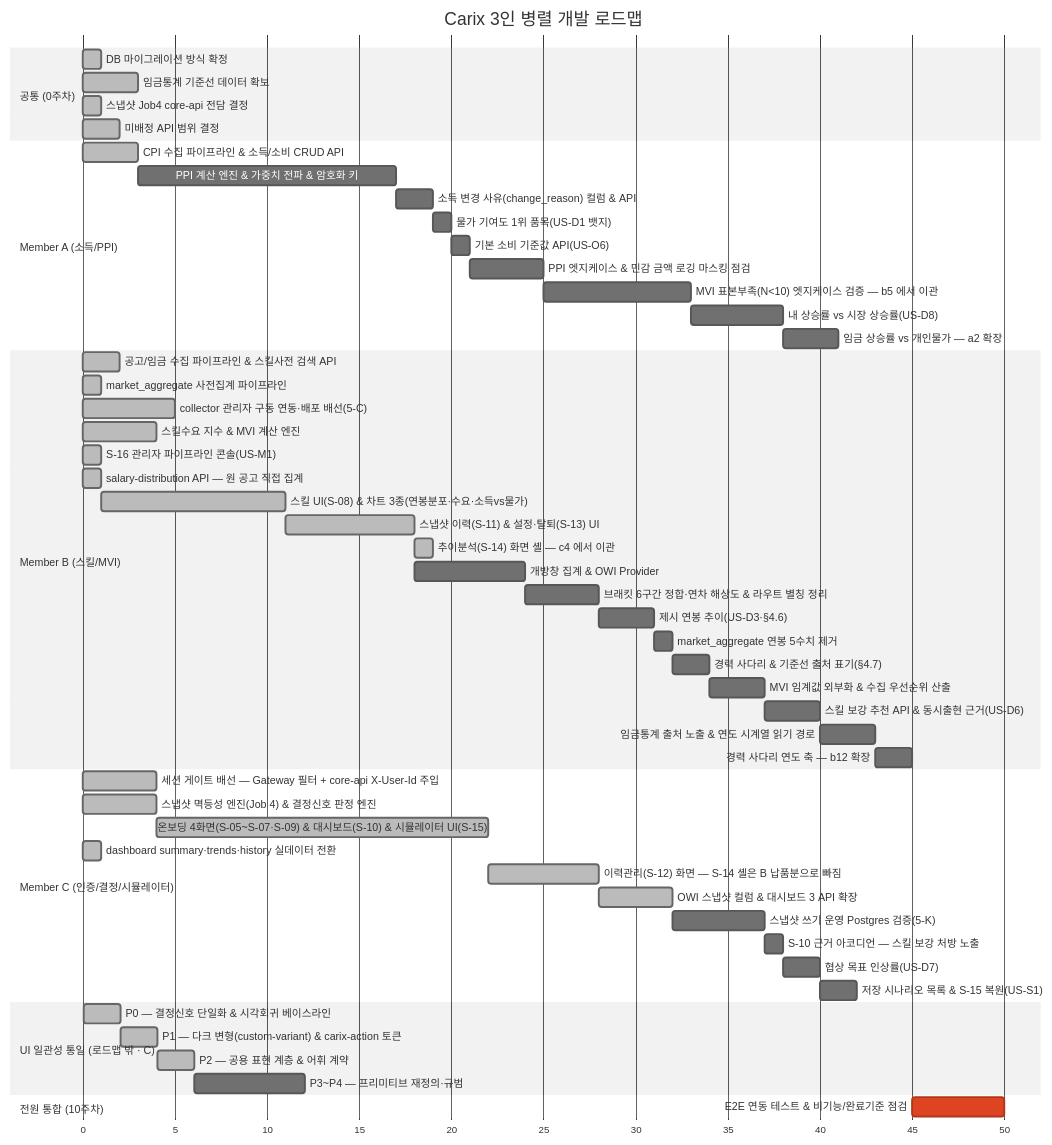
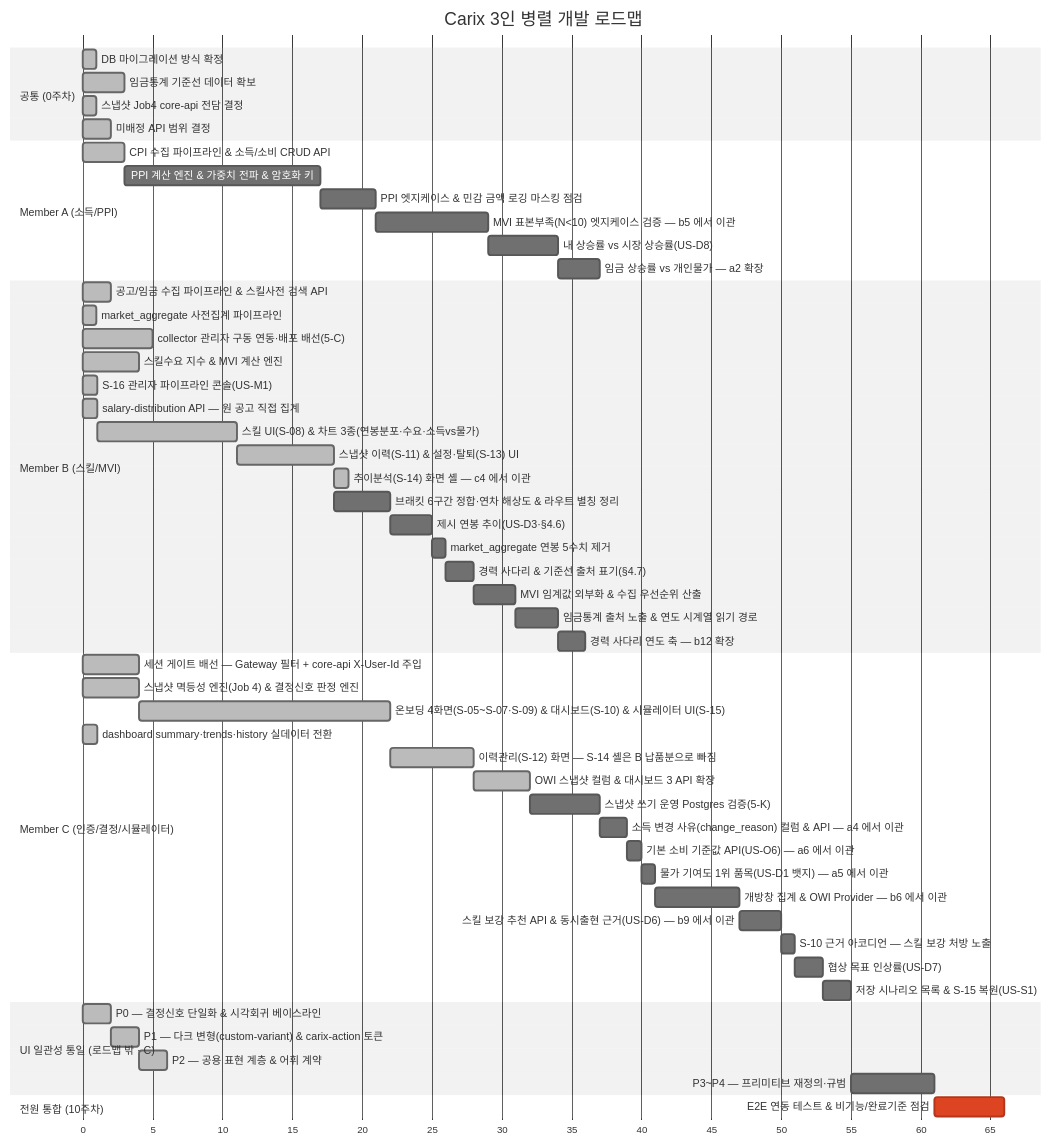
Before and after one commit to SeoHyeokGyu/Carix: the first of 2 diagrams in docs/plans/carix-dev-plan.md, drawn with Mermaid (neutral theme). The commit also changed other lines of this file and 2 other files, not shown here.

````diff
--- a/docs/plans/carix-dev-plan.md
+++ b/docs/plans/carix-dev-plan.md
@@ -77,58 +93,58 @@
 ```mermaid
 gantt
     title Carix 3인 병렬 개발 로드맵
     dateFormat X
     axisFormat %s
     section 공통 (0주차)
     DB 마이그레이션 방식 확정 :done, c0a, 0, 1s
     임금통계 기준선 데이터 확보 :done, a0, 3, 3s
     스냅샷 Job4 core-api 전담 결정 :done, i0, 7, 1s
     미배정 API 범위 결정 :done, c0, 7, 2s
     section Member A (소득/PPI)
     CPI 수집 파이프라인 & 소득/소비 CRUD API :done, a1, 12, 3s
     PPI 계산 엔진 & 가중치 전파 & 암호화 키 :a2, after a1, 14s
-    소득 변경 사유(change_reason) 컬럼 & API :a4, after a2, 2s
-    물가 기여도 1위 품목(US-D1 뱃지) :a5, after a4, 1s
-    기본 소비 기준값 API(US-O6) :a6, after a5, 1s
-    PPI 엣지케이스 & 민감 금액 로깅 마스킹 점검 :a7, after a6, 4s
+    PPI 엣지케이스 & 민감 금액 로깅 마스킹 점검 :a7, after a2, 4s
     MVI 표본부족(N<10) 엣지케이스 검증 — b5 에서 이관 :a8, after a7, 8s
     내 상승률 vs 시장 상승률(US-D8) :a9, after a8, 5s
     임금 상승률 vs 개인물가 — a2 확장 :a10, after a9, 3s
     section Member B (스킬/MVI)
     공고/임금 수집 파이프라인 & 스킬사전 검색 API :done, b1, 2, 2s
     market_aggregate 사전집계 파이프라인 :done, b2a, 3, 1s
     collector 관리자 구동 연동·배포 배선(5-C) :done, b0, 7, 5s
     스킬수요 지수 & MVI 계산 엔진 :done, b2, 8, 4s
     S-16 관리자 파이프라인 콘솔(US-M1) :done, b16, 14, 1s
     salary-distribution API — 원 공고 직접 집계 :done, b3a, 15, 1s
     스킬 UI(S-08) & 차트 3종(연봉분포·수요·소득vs물가) :done, b3, after b3a, 10s
     스냅샷 이력(S-11) & 설정·탈퇴(S-13) UI :done, b4, after b3, 7s
     추이분석(S-14) 화면 셸 — c4 에서 이관 :done, b4a, after b4, 1s
-    개방창 집계 & OWI Provider :b6, after b4, 6s
-    브래킷 6구간 정합·연차 해상도 & 라우트 별칭 정리 :b7, after b6, 4s
+    브래킷 6구간 정합·연차 해상도 & 라우트 별칭 정리 :b7, after b4, 4s
     제시 연봉 추이(US-D3·§4.6) :b10, after b7, 3s
     market_aggregate 연봉 5수치 제거 :b11, after b10, 1s
     경력 사다리 & 기준선 출처 표기(§4.7) :b12, after b11, 2s
     MVI 임계값 외부화 & 수집 우선순위 산출 :b8, after b12, 3s
-    스킬 보강 추천 API & 동시출현 근거(US-D6) :b9, after b8, 3s
-    임금통계 출처 노출 & 연도 시계열 읽기 경로 :b13, after b9, 3s
+    임금통계 출처 노출 & 연도 시계열 읽기 경로 :b13, after b8, 3s
     경력 사다리 연도 축 — b12 확장 :b14, after b13, 2s
     section Member C (인증/결정/시뮬레이터)
     세션 게이트 배선 — Gateway 필터 + core-api X-User-Id 주입 :done, c0b, 7, 4s
     스냅샷 멱등성 엔진(Job 4) & 결정신호 판정 엔진 :done, c2, 8, 4s
     온보딩 4화면(S-05~S-07·S-09) & 대시보드(S-10) & 시뮬레이터 UI(S-15) :done, c3, after c2, 18s
     dashboard summary·trends·history 실데이터 전환 :done, c4a, 15, 1s
     이력관리(S-12) 화면 — S-14 셸은 B 납품분으로 빠짐 :done, c4, after c3, 6s
     OWI 스냅샷 컬럼 & 대시보드 3 API 확장 :done, c6, after c4, 4s
     스냅샷 쓰기 운영 Postgres 검증(5-K) :c5, after c6, 5s
-    S-10 근거 아코디언 — 스킬 보강 처방 노출 :c7, after c5, 1s
+    소득 변경 사유(change_reason) 컬럼 & API — a4 에서 이관 :c10, after c5, 2s
+    기본 소비 기준값 API(US-O6) — a6 에서 이관 :c11, after c10, 1s
+    물가 기여도 1위 품목(US-D1 뱃지) — a5 에서 이관 :c12, after c11, 1s
+    개방창 집계 & OWI Provider — b6 에서 이관 :c13, after c12 b7, 6s
+    스킬 보강 추천 API & 동시출현 근거(US-D6) — b9 에서 이관 :c14, after c13 b8, 3s
+    S-10 근거 아코디언 — 스킬 보강 처방 노출 :c7, after c14, 1s
     협상 목표 인상률(US-D7) :c8, after c7, 2s
     저장 시나리오 목록 & S-15 복원(US-S1) :c9, after c8, 2s
     section UI 일관성 통일 (로드맵 밖 · C)
     P0 — 결정신호 단일화 & 시각회귀 베이스라인 :done, ui0, 33, 2s
     P1 — 다크 변형(custom-variant) & carix-action 토큰 :done, ui1, after ui0, 2s
     P2 — 공용 표현 계층 & 어휘 계약 :done, ui2, after ui1, 2s
-    P3~P4 — 프리미티브 재정의·규범 :ui3, after ui2, 6s
+    P3~P4 — 프리미티브 재정의·규범 :ui3, after c9, 6s
     section 전원 통합 (10주차)
-    E2E 연동 테스트 & 비기능/완료기준 점검 :crit, e2e, after a10 b14 c9, 5s
+    E2E 연동 테스트 & 비기능/완료기준 점검 :crit, e2e, after a10 b14 ui3, 5s
 ```
````
